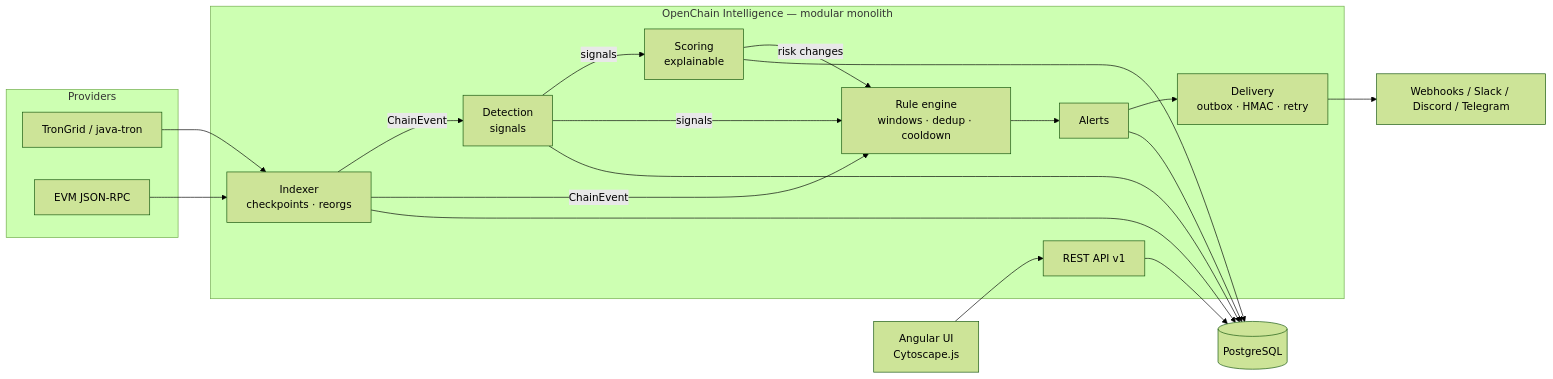
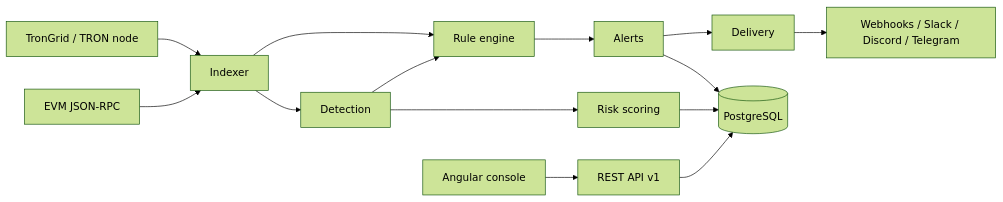
The diagram in README.md (alertmanager12-blip/openchain-intelligence), drawn with Mermaid (forest theme) before and after one commit. The commit also changed other lines of this file and 9 other files, not shown here.

````diff
--- a/README.md
+++ b/README.md
@@ -36,27 +332,10 @@
 ```mermaid
 flowchart LR
-  subgraph Providers
-    TG[TronGrid / java-tron]
-    RPC[EVM JSON-RPC]
-  end
-  subgraph OCI[OpenChain Intelligence — modular monolith]
-    IDX[Indexer<br/>checkpoints · reorgs]
-    DET[Detection<br/>signals]
-    SC[Scoring<br/>explainable]
-    RE[Rule engine<br/>windows · dedup · cooldown]
-    AL[Alerts]
-    DLV[Delivery<br/>outbox · HMAC · retry]
-    API[REST API v1]
-  end
-  PG[(PostgreSQL)]
-  FE[Angular UI<br/>Cytoscape.js]
-  EXT[Webhooks / Slack / Discord / Telegram]
-
-  TG & RPC --> IDX -->|ChainEvent| DET -->|signals| SC
-  IDX -->|ChainEvent| RE
-  SC -->|risk changes| RE
-  DET -->|signals| RE
-  RE --> AL --> DLV --> EXT
-  IDX & DET & SC & AL --> PG
-  FE --> API --> PG
+  TG[TronGrid / TRON node] & RPC[EVM JSON-RPC] --> IDX[Indexer]
+  IDX --> DET[Detection] --> SC[Risk scoring]
+  IDX --> RE[Rule engine]
+  DET --> RE
+  RE --> AL[Alerts] --> DLV[Delivery] --> EXT[Webhooks / Slack / Discord / Telegram]
+  AL & SC --> PG[(PostgreSQL)]
+  UI[Angular console] --> API[REST API v1] --> PG
 ```
````
